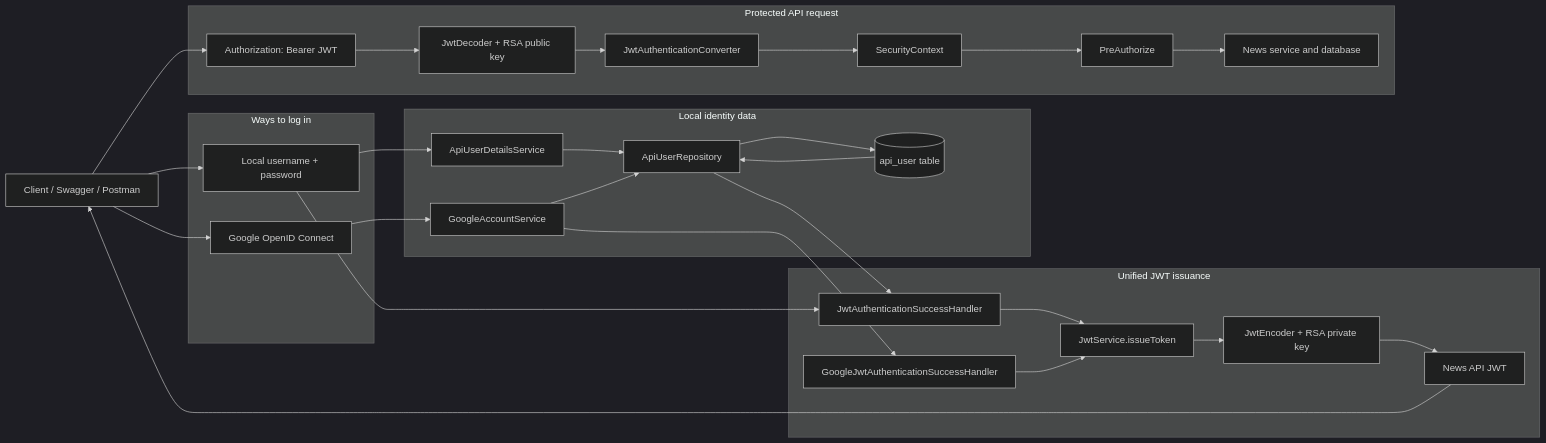
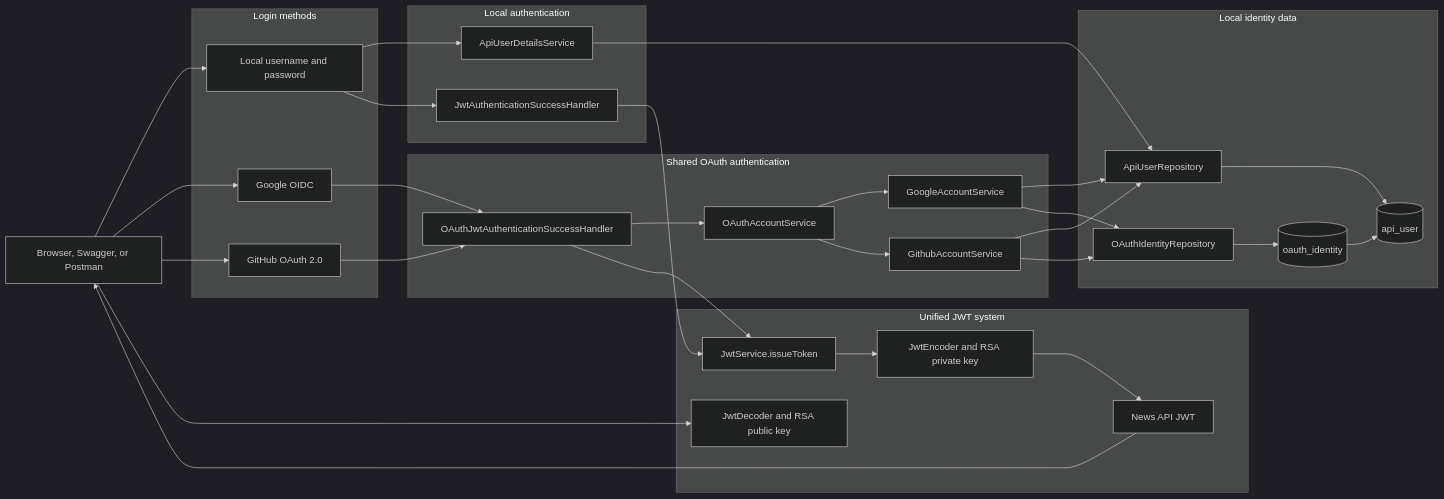
Before and after one commit to predat-r/news-api: the first of 8 diagrams in docs/authentication-flow.md, drawn with Mermaid (dark theme). The commit also changed other lines of this file, not shown here.

Commit message:
docs(auth): update authentication flows and OAuth identity loading

````diff
--- a/docs/authentication-flow.md
+++ b/docs/authentication-flow.md
@@ -14,47 +16,57 @@
 ```mermaid
 flowchart LR
-    Client[Client / Swagger / Postman]
+    Client[Browser, Swagger, or Postman]
 
-    subgraph Login[Ways to log in]
-        Local[Local username + password]
-        Google[Google OpenID Connect]
+    subgraph LoginMethods[Login methods]
+        Local[Local username and password]
+        Google[Google OIDC]
+        GitHub[GitHub OAuth 2.0]
     end
 
-    subgraph UserData[Local identity data]
-        UserService[ApiUserDetailsService]
-        GoogleService[GoogleAccountService]
-        UserRepo[ApiUserRepository]
-        UserDb[(api_user table)]
+    subgraph LocalPath[Local authentication]
+        UserLoader[ApiUserDetailsService]
+        LocalHandler[JwtAuthenticationSuccessHandler]
     end
 
-    subgraph Issuance[Unified JWT issuance]
-        LocalHandler[JwtAuthenticationSuccessHandler]
-        GoogleHandler[GoogleJwtAuthenticationSuccessHandler]
-        JwtService[JwtService.issueToken]
-        Encoder[JwtEncoder + RSA private key]
-        Jwt[News API JWT]
+    subgraph OAuthPath[Shared OAuth authentication]
+        OAuthHandler[OAuthJwtAuthenticationSuccessHandler]
+        ProviderContract[OAuthAccountService]
+        GoogleService[GoogleAccountService]
+        GitHubService[GithubAccountService]
     end
 
-    subgraph ApiRequest[Protected API request]
-        Bearer[Authorization: Bearer JWT]
-        Decoder[JwtDecoder + RSA public key]
-        Converter[JwtAuthenticationConverter]
-        Context[SecurityContext]
-        MethodAuth[PreAuthorize]
-        NewsApi[News service and database]
+    subgraph IdentityData[Local identity data]
+        UserRepo[ApiUserRepository]
+        IdentityRepo[OAuthIdentityRepository]
+        UserTable[(api_user)]
+        IdentityTable[(oauth_identity)]
+    end
+
+    subgraph TokenSystem[Unified JWT system]
+        JwtService[JwtService.issueToken]
+        Encoder[JwtEncoder and RSA private key]
+        Token[News API JWT]
+        Decoder[JwtDecoder and RSA public key]
     end
 
     Client --> Local
     Client --> Google
-    Local --> UserService --> UserRepo --> UserDb
-    Google --> GoogleService --> UserRepo
-    UserDb --> UserRepo
+    Client --> GitHub
+    Local --> UserLoader --> UserRepo --> UserTable
     Local --> LocalHandler
-    GoogleService --> GoogleHandler
-    UserRepo --> LocalHandler
+    Google --> OAuthHandler
+    GitHub --> OAuthHandler
+    OAuthHandler --> ProviderContract
+    ProviderContract --> GoogleService
+    ProviderContract --> GitHubService
+    GoogleService --> UserRepo
+    GoogleService --> IdentityRepo
+    GitHubService --> UserRepo
+    GitHubService --> IdentityRepo
+    IdentityRepo --> IdentityTable
+    IdentityTable --> UserTable
     LocalHandler --> JwtService
-    GoogleHandler --> JwtService
-    JwtService --> Encoder --> Jwt
-    Jwt --> Client
-    Client --> Bearer --> Decoder --> Converter --> Context --> MethodAuth --> NewsApi
+    OAuthHandler --> JwtService
+    JwtService --> Encoder --> Token --> Client
+    Client --> Decoder
 ```
````
